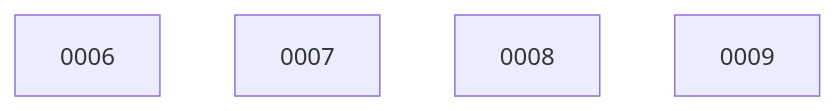
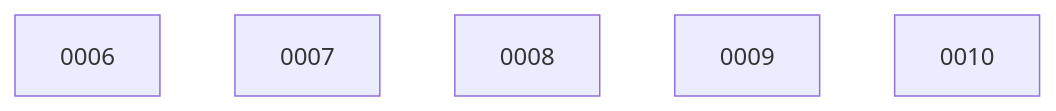
One commit to ethanhinson/codeindex changed the diagram in docs/changes/BOARD.md. Above: the diagram before and after it, drawn with Mermaid. The commit also changed other lines of this file, not shown here.

````diff
--- a/docs/changes/BOARD.md
+++ b/docs/changes/BOARD.md
@@ -14,7 +15,8 @@
 ```mermaid
 graph TD
   0006
   0007
   0008
   0009
+  0010
 ```
````
